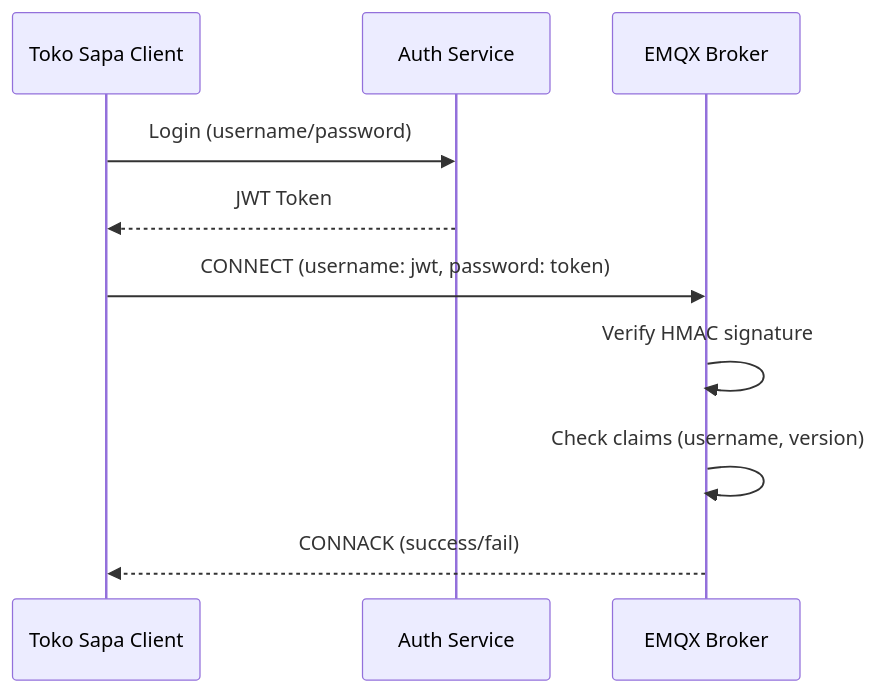
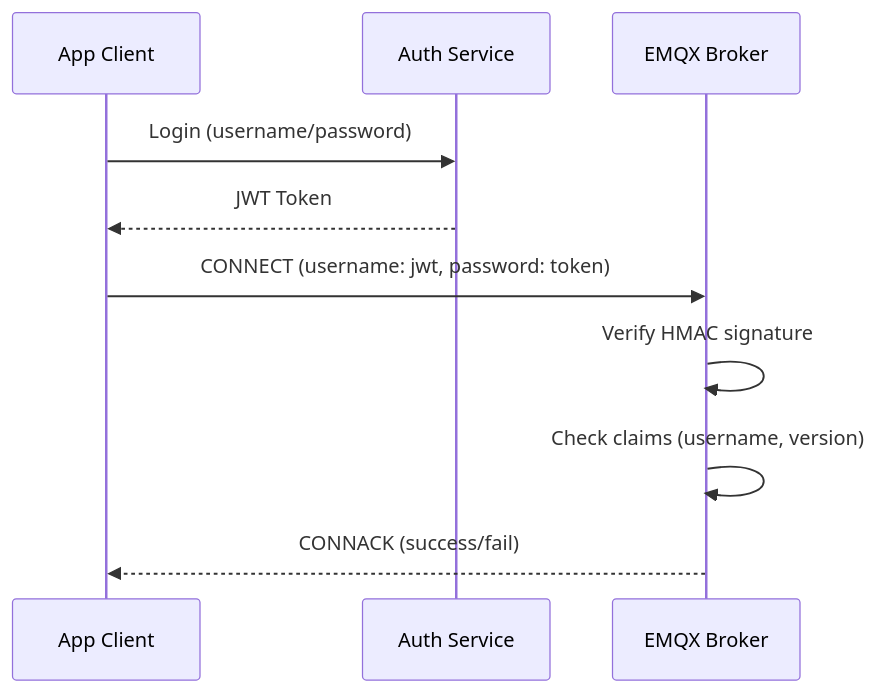
Before and after one commit to ahmadnurhidayat/docs: the third of 3 diagrams in src/content/docs/01-knowledge-base/messaging/emqx-on-gke.md, drawn with Mermaid. The commit also changed other lines of this file and 2 other files, not shown here.

````diff
--- a/src/content/docs/01-knowledge-base/messaging/emqx-on-gke.md
+++ b/src/content/docs/01-knowledge-base/messaging/emqx-on-gke.md
@@ -683,14 +683,14 @@
 ```mermaid
 sequenceDiagram
-    participant Client as Toko Sapa Client
+    participant Client as App Client
     participant Auth as Auth Service
     participant EMQX as EMQX Broker
 
     Client->>Auth: Login (username/password)
     Auth-->>Client: JWT Token
     
     Client->>EMQX: CONNECT (username: jwt, password: token)
     EMQX->>EMQX: Verify HMAC signature
     EMQX->>EMQX: Check claims (username, version)
     EMQX-->>Client: CONNACK (success/fail)
 ```
````
